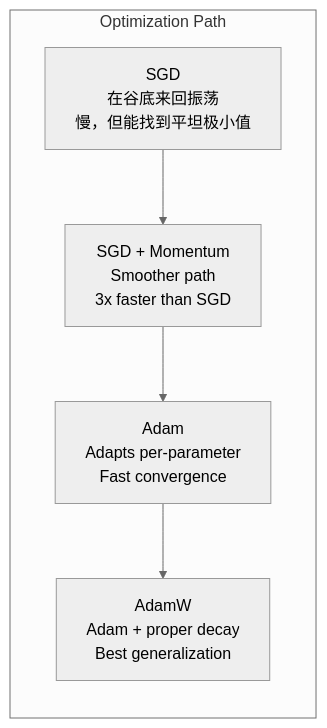
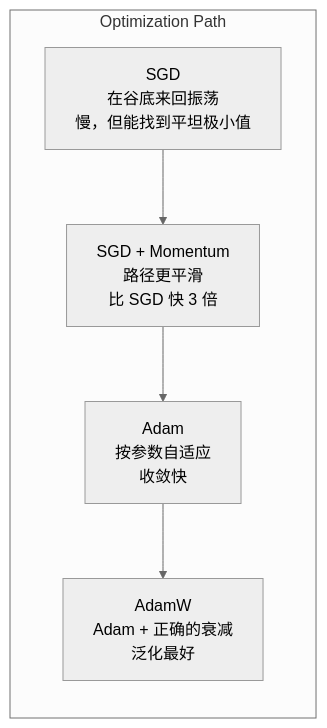
One commit to omigaZen/ai-engineering-from-scratch changed the second of 3 diagrams in phases/03-deep-learning-core/06-optimizers/docs/zh.md. Above: the diagram before and after it, drawn with Mermaid (neutral theme). The commit also changed other lines of this file, not shown here.

````diff
--- a/phases/03-deep-learning-core/06-optimizers/docs/zh.md
+++ b/phases/03-deep-learning-core/06-optimizers/docs/zh.md
@@ -137,10 +143,10 @@
 ```mermaid
 flowchart LR
     subgraph "Optimization Path"
         SGD_P["SGD<br/>在谷底来回振荡<br/>慢，但能找到平坦极小值"]
-        Mom_P["SGD + Momentum<br/>Smoother path<br/>3x faster than SGD"]
-        Adam_P["Adam<br/>Adapts per-parameter<br/>Fast convergence"]
-        AdamW_P["AdamW<br/>Adam + proper decay<br/>Best generalization"]
+        Mom_P["SGD + Momentum<br/>路径更平滑<br/>比 SGD 快 3 倍"]
+        Adam_P["Adam<br/>按参数自适应<br/>收敛快"]
+        AdamW_P["AdamW<br/>Adam + 正确的衰减<br/>泛化最好"]
     end
     SGD_P --> Mom_P --> Adam_P --> AdamW_P
 ```
````
